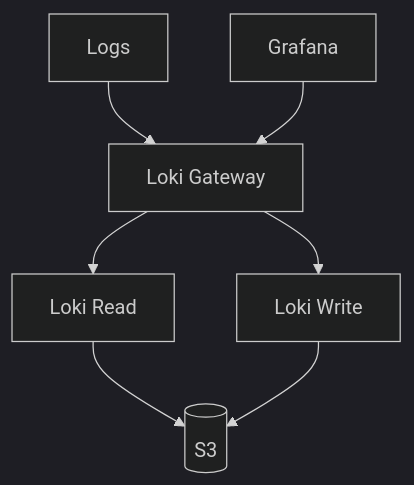
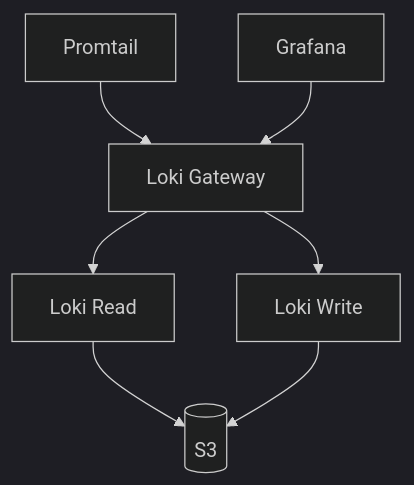
One commit to rjferguson21/loki changed the fourth of 5 diagrams in MIGRATING.md. Above: the diagram before and after it, drawn with Mermaid (dark theme). The commit also changed other lines of this file, not shown here.

````diff
--- a/MIGRATING.md
+++ b/MIGRATING.md
@@ -109,9 +110,9 @@
 ```mermaid
 flowchart TD
    S3[(S3)]
    read[Loki Read] --> S3
    write[Loki Write]
    gateway[Loki Gateway] --> read
-   Logs--> gateway --> write --> S3
+   Promtail--> gateway --> write --> S3
    Grafana --> gateway
 ```
````
